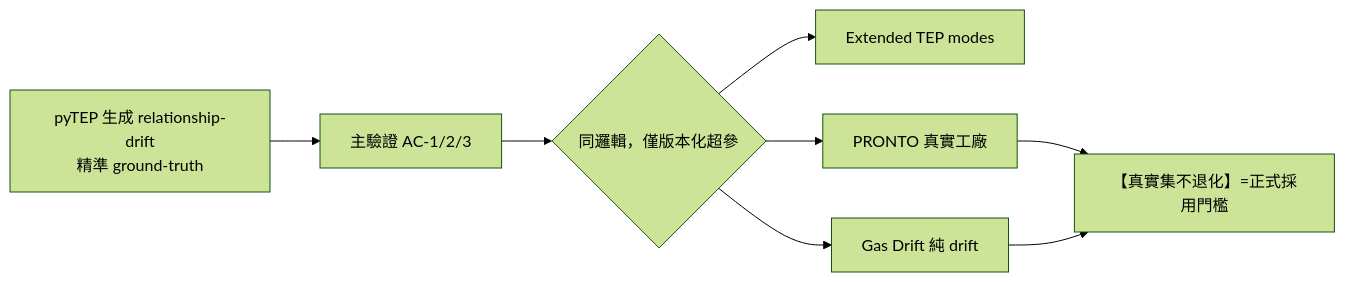
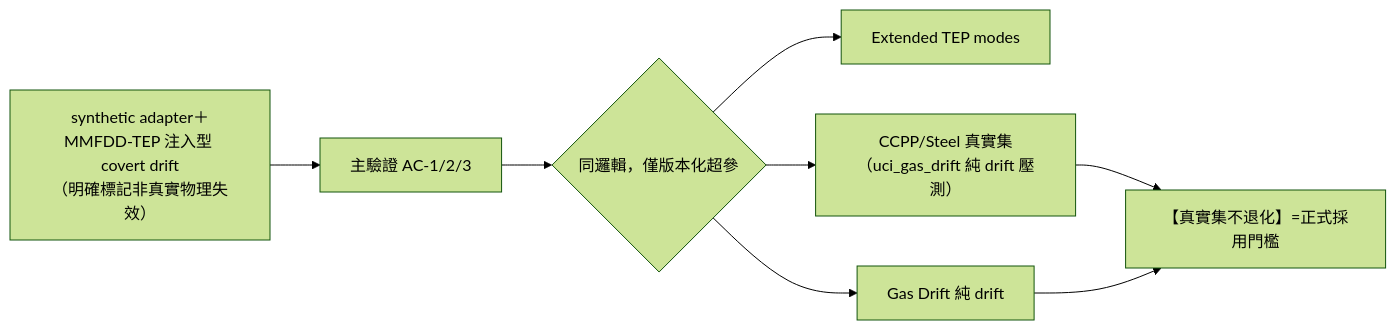
One commit to jerry88277/Health_Index changed the diagram in docs/development_plan.md. Above: the diagram before and after it, drawn with Mermaid (forest theme). The commit also changed other lines of this file and 28 other files, not shown here.

````diff
--- a/docs/development_plan.md
+++ b/docs/development_plan.md
@@ -25,9 +27,9 @@
 ```mermaid
 flowchart LR
-    G[pyTEP 生成 relationship-drift\n精準 ground-truth] --> P[主驗證 AC-1/2/3]
+    G[synthetic adapter＋MMFDD-TEP 注入型 covert drift\n（明確標記非真實物理失效）] --> P[主驗證 AC-1/2/3]
     P --> X{同邏輯，僅版本化超參}
     X --> D1[Extended TEP modes]
-    X --> D2[PRONTO 真實工廠]
+    X --> D2[CCPP/Steel 真實集（uci_gas_drift 純 drift 壓測）]
     X --> D3[Gas Drift 純 drift]
     D2 & D3 --> R[【真實集不退化】=正式採用門檻]
 ```
````
